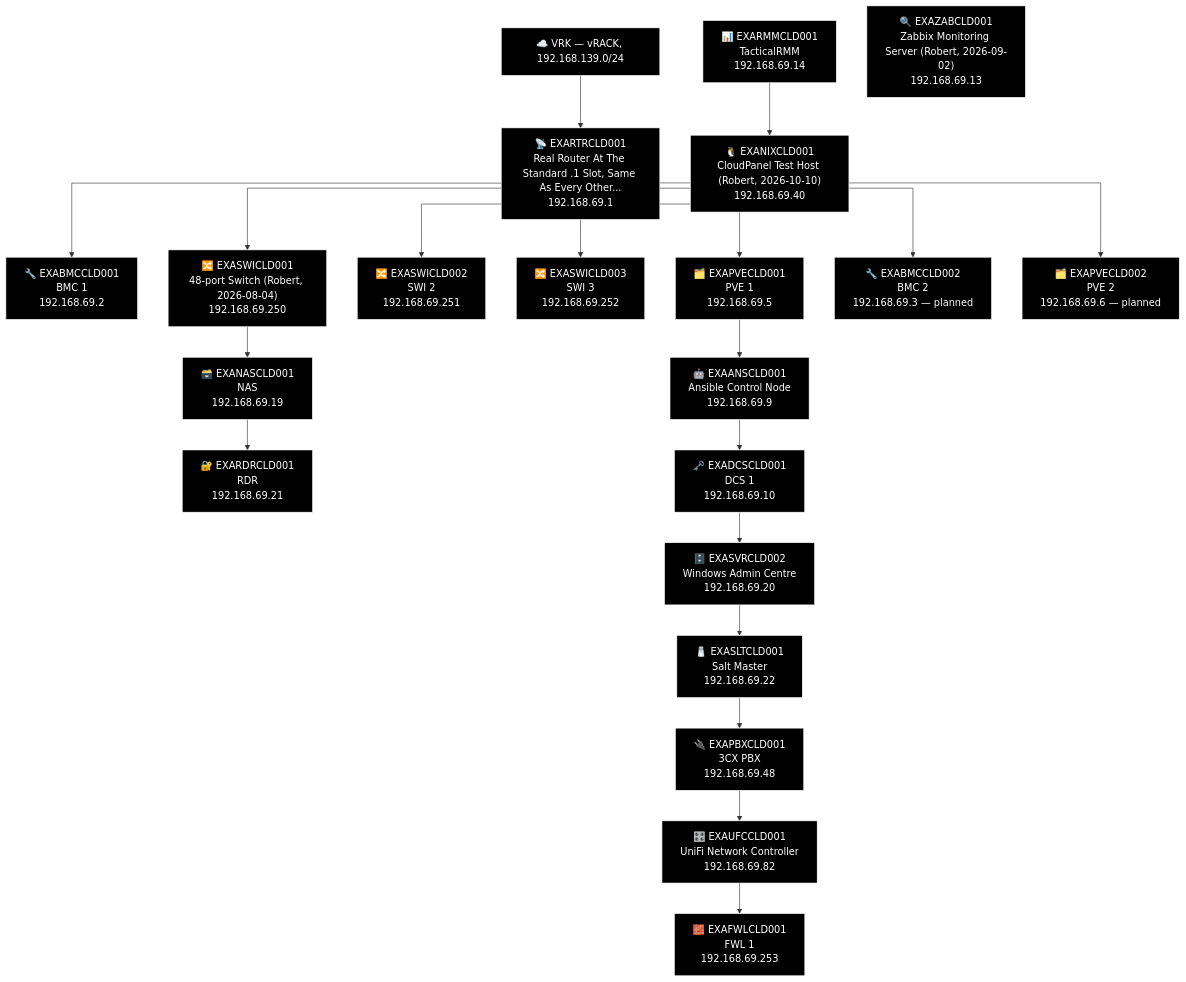
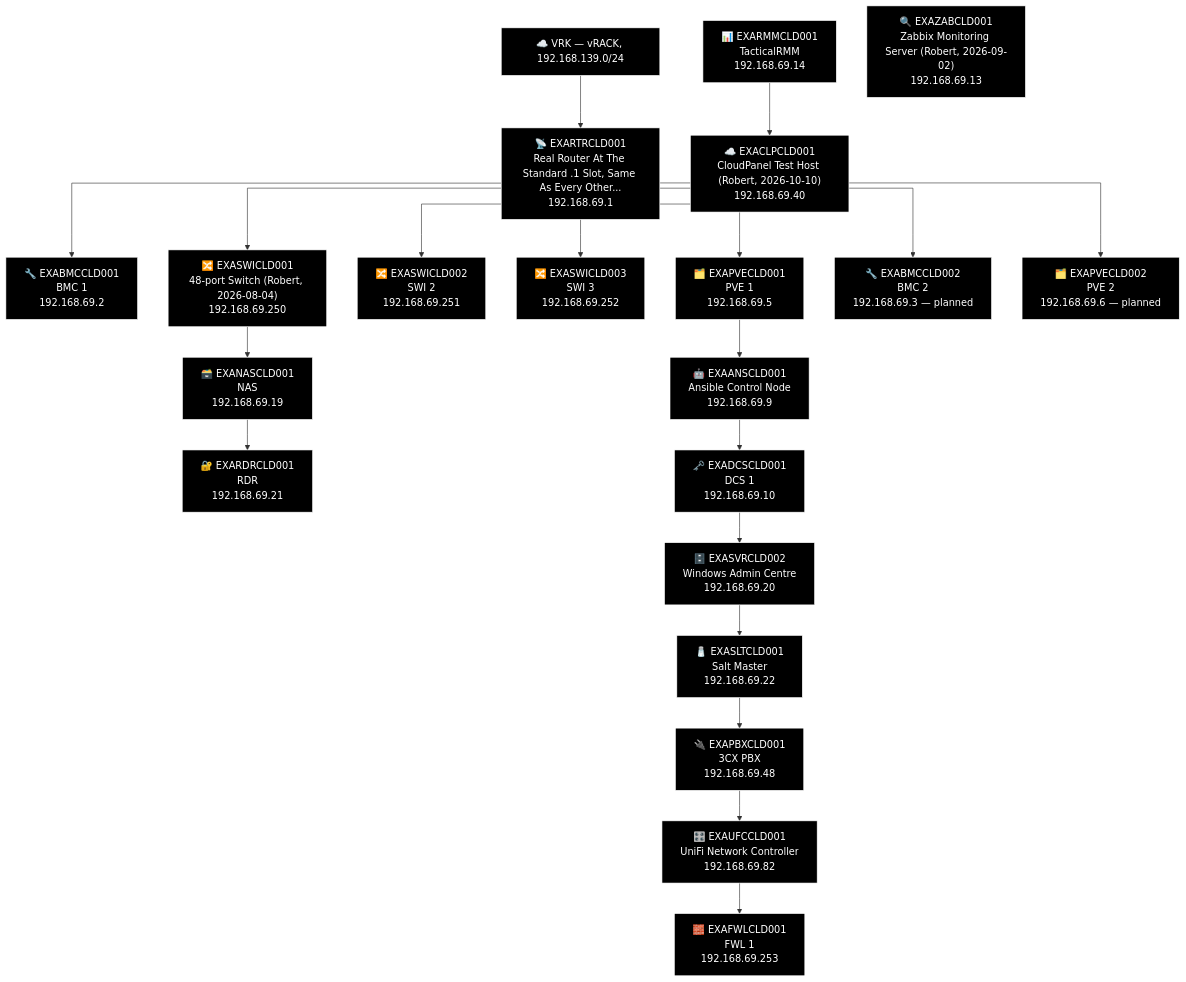
Before and after one commit to knightmare2600/example_music_infra: the second of 2 diagrams in docs/network-diagram/cld.md, drawn with Mermaid. The commit also changed 8 other files, not shown here.

First line of the commit message:
Add real CLP role, rename EXANIXCLD001 -> EXACLPCLD001 (source data + generator)

````diff
--- a/docs/network-diagram/cld.md
+++ b/docs/network-diagram/cld.md
@@ -44,59 +44,59 @@
 ```mermaid
 %% GENERATED:TOPOLOGY:CLD:START
 %%{init: {'flowchart': {'curve': 'stepAfter'}}}%%
 graph TD
     T_VRK["☁️ VRK — vRACK, 192.168.139.0/24"]
     T_RTR["📡 EXARTRCLD001<br/>Real Router At The Standard .1 Slot, Same As Every Other...<br/>192.168.69.1"]
     T_VRK --> T_RTR
     T_BMC["🔧 EXABMCCLD001<br/>BMC 1<br/>192.168.69.2"]
     T_RTR --> T_BMC
     T_PVE["🗂️ EXAPVECLD001<br/>PVE 1<br/>192.168.69.5"]
     T_RTR --> T_PVE
     T_SWI["🔀 EXASWICLD002<br/>SWI 2<br/>192.168.69.251"]
     T_RTR --> T_SWI
     T_SWI2["🔀 EXASWICLD003<br/>SWI 3<br/>192.168.69.252"]
     T_RTR --> T_SWI2
     T_SWI3["🔀 EXASWICLD001<br/>48-port Switch (Robert, 2026-08-04)<br/>192.168.69.250"]
     T_RTR --> T_SWI3
     T_BMC2["🔧 EXABMCCLD002<br/>BMC 2<br/>192.168.69.3 — planned"]
     T_RTR --> T_BMC2
     T_PVE2["🗂️ EXAPVECLD002<br/>PVE 2<br/>192.168.69.6 — planned"]
     T_RTR --> T_PVE2
     T_NAS["🗃️ EXANASCLD001<br/>NAS<br/>192.168.69.19"]
     T_RDR["🔐 EXARDRCLD001<br/>RDR<br/>192.168.69.21"]
     T_SWI3 --> T_NAS --> T_RDR
     T_ANS["🤖 EXAANSCLD001<br/>Ansible Control Node<br/>192.168.69.9"]
     T_DCS["🗝️ EXADCSCLD001<br/>DCS 1<br/>192.168.69.10"]
     T_SVR["🗄️ EXASVRCLD002<br/>Windows Admin Centre<br/>192.168.69.20"]
     T_SLT["🧂 EXASLTCLD001<br/>Salt Master<br/>192.168.69.22"]
     T_PBX["🔌 EXAPBXCLD001<br/>3CX PBX<br/>192.168.69.48"]
     T_UFC["🎛️ EXAUFCCLD001<br/>UniFi Network Controller<br/>192.168.69.82"]
     T_FWL["🧱 EXAFWLCLD001<br/>FWL 1<br/>192.168.69.253"]
     T_PVE --> T_ANS --> T_DCS --> T_SVR --> T_SLT --> T_PBX --> T_UFC --> T_FWL
     T_RMM["📊 EXARMMCLD001<br/>TacticalRMM<br/>192.168.69.14"]
     T_ZAB["🔍 EXAZABCLD001<br/>Zabbix Monitoring Server (Robert, 2026-09-02)<br/>192.168.69.13"]
-    T_NIX["🐧 EXANIXCLD001<br/>CloudPanel Test Host (Robert, 2026-10-10)<br/>192.168.69.40"]
-    T_RMM --> T_NIX
+    T_CLP["☁️ EXACLPCLD001<br/>CloudPanel Test Host (Robert, 2026-10-10)<br/>192.168.69.40"]
+    T_RMM --> T_CLP
     style T_VRK fill:#000000,stroke:#FFFFFF,color:#FFFFFF
     style T_RTR fill:#000000,stroke:#FFFFFF,color:#FFFFFF
     style T_BMC fill:#000000,stroke:#FFFFFF,color:#FFFFFF
     style T_PVE fill:#000000,stroke:#FFFFFF,color:#FFFFFF
     style T_SWI fill:#000000,stroke:#FFFFFF,color:#FFFFFF
     style T_SWI2 fill:#000000,stroke:#FFFFFF,color:#FFFFFF
     style T_SWI3 fill:#000000,stroke:#FFFFFF,color:#FFFFFF
     style T_BMC2 fill:#000000,stroke:#FFFFFF,color:#FFFFFF
     style T_PVE2 fill:#000000,stroke:#FFFFFF,color:#FFFFFF
     style T_NAS fill:#000000,stroke:#FFFFFF,color:#FFFFFF
     style T_RDR fill:#000000,stroke:#FFFFFF,color:#FFFFFF
     style T_ANS fill:#000000,stroke:#FFFFFF,color:#FFFFFF
     style T_DCS fill:#000000,stroke:#FFFFFF,color:#FFFFFF
     style T_SVR fill:#000000,stroke:#FFFFFF,color:#FFFFFF
     style T_SLT fill:#000000,stroke:#FFFFFF,color:#FFFFFF
     style T_PBX fill:#000000,stroke:#FFFFFF,color:#FFFFFF
     style T_UFC fill:#000000,stroke:#FFFFFF,color:#FFFFFF
     style T_FWL fill:#000000,stroke:#FFFFFF,color:#FFFFFF
     style T_RMM fill:#000000,stroke:#FFFFFF,color:#FFFFFF
     style T_ZAB fill:#000000,stroke:#FFFFFF,color:#FFFFFF
-    style T_NIX fill:#000000,stroke:#FFFFFF,color:#FFFFFF
+    style T_CLP fill:#000000,stroke:#FFFFFF,color:#FFFFFF
 %% GENERATED:TOPOLOGY:CLD:END
 ```
````
